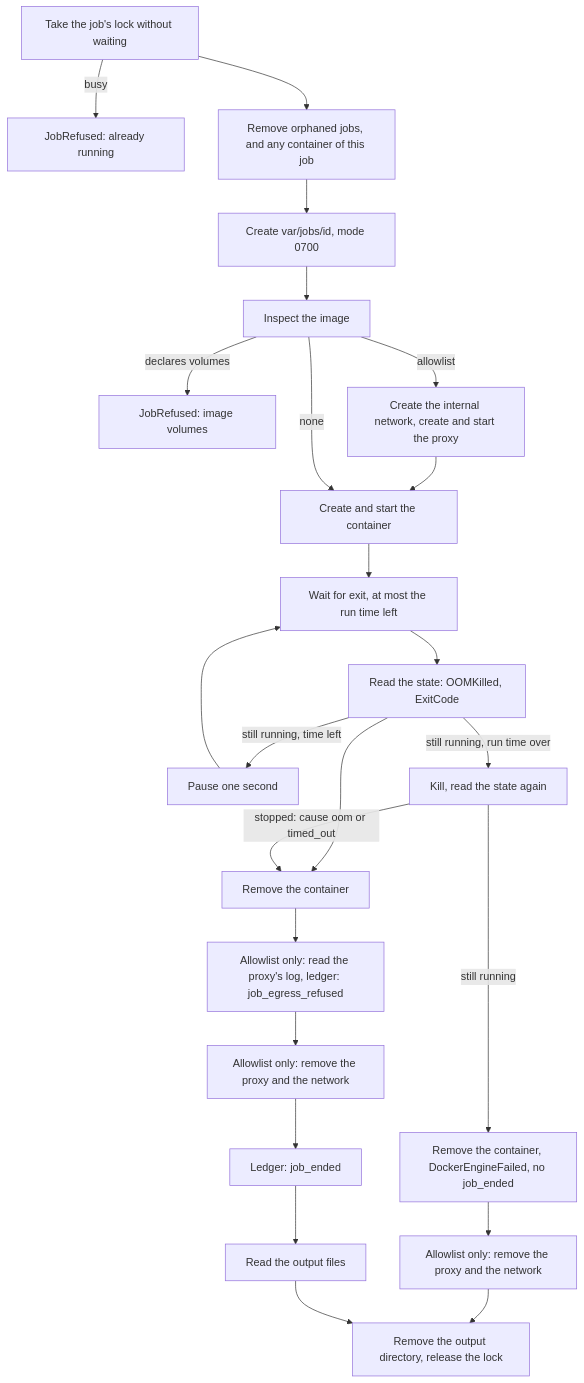
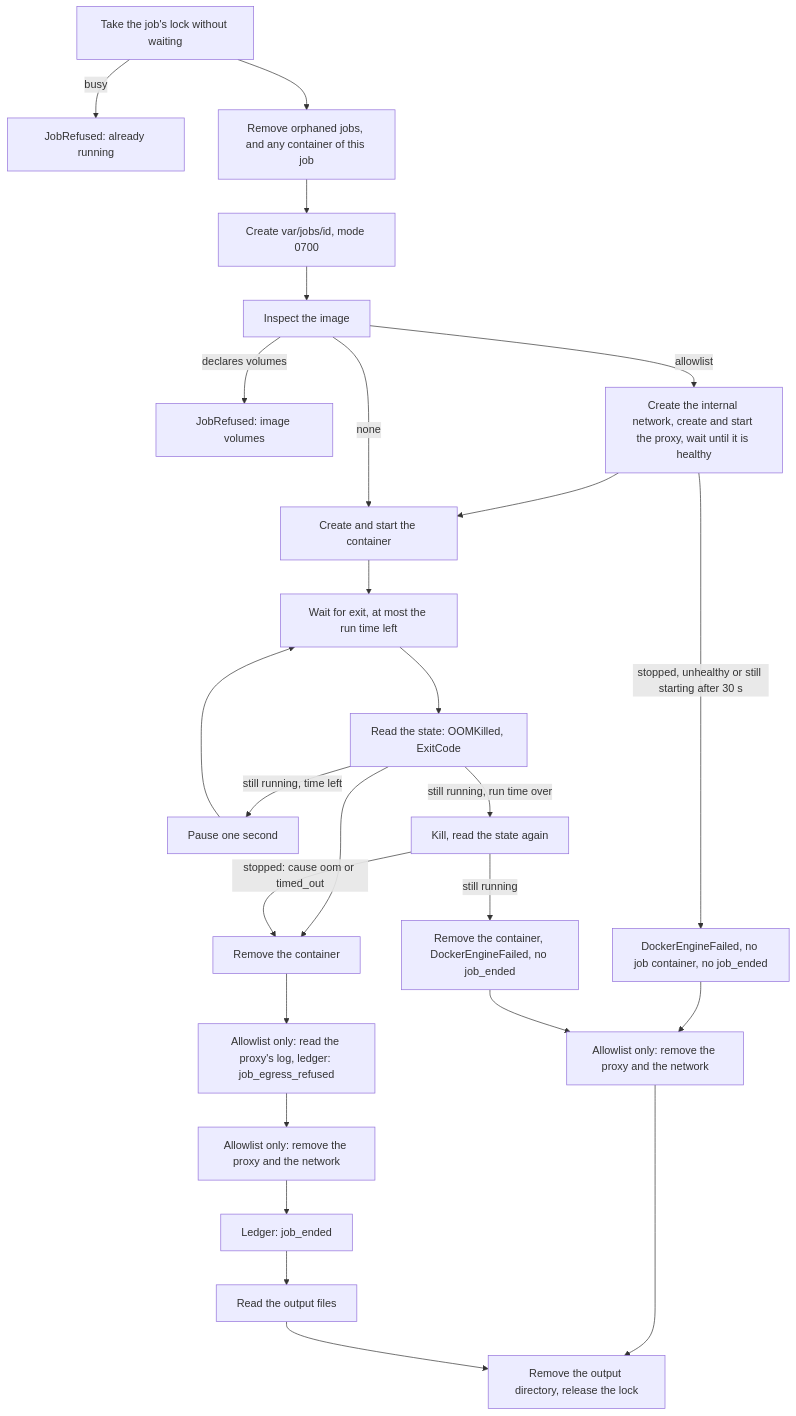
The diagram in docs/architecture/job-containers.md (shinyredapples/intakt), drawn with Mermaid before and after one commit. The commit also changed other lines of this file and 11 other files, not shown here.

Commit message:
fix(job): run the egress proxy entrypoint, wait for a healthy proxy and block host access

````diff
--- a/docs/architecture/job-containers.md
+++ b/docs/architecture/job-containers.md
@@ -35,26 +35,28 @@
 ```mermaid
 flowchart TD
   lock[Take the job's lock without waiting] -->|busy| refused[JobRefused: already running]
   lock --> sweep[Remove orphaned jobs, and any container of this job]
   sweep --> prepare[Create var/jobs/id, mode 0700]
   prepare --> inspect[Inspect the image]
   inspect -->|declares volumes| volumes[JobRefused: image volumes]
-  inspect -->|allowlist| open[Create the internal network, create and start the proxy]
+  inspect -->|allowlist| open[Create the internal network, create and start the proxy, wait until it is healthy]
   open --> create
+  open -->|stopped, unhealthy or still starting after 30 s| notready[DockerEngineFailed, no job container, no job_ended]
+  notready --> failclose
   inspect -->|none| create[Create and start the container]
   create --> wait[Wait for exit, at most the run time left]
   wait --> state[Read the state: OOMKilled, ExitCode]
   state -->|still running, time left| pause[Pause one second]
   pause --> wait
   state -->|still running, run time over| kill[Kill, read the state again]
   state --> remove[Remove the container]
   kill -->|stopped: cause oom or timed_out| remove
   kill -->|still running| failed[Remove the container, DockerEngineFailed, no job_ended]
   failed --> failclose[Allowlist only: remove the proxy and the network]
   failclose --> clean
   remove --> refusals[Allowlist only: read the proxy's log, ledger: job_egress_refused]
   refusals --> close[Allowlist only: remove the proxy and the network]
   close --> record[Ledger: job_ended]
   record --> read[Read the output files]
   read --> clean[Remove the output directory, release the lock]
 ```
````
